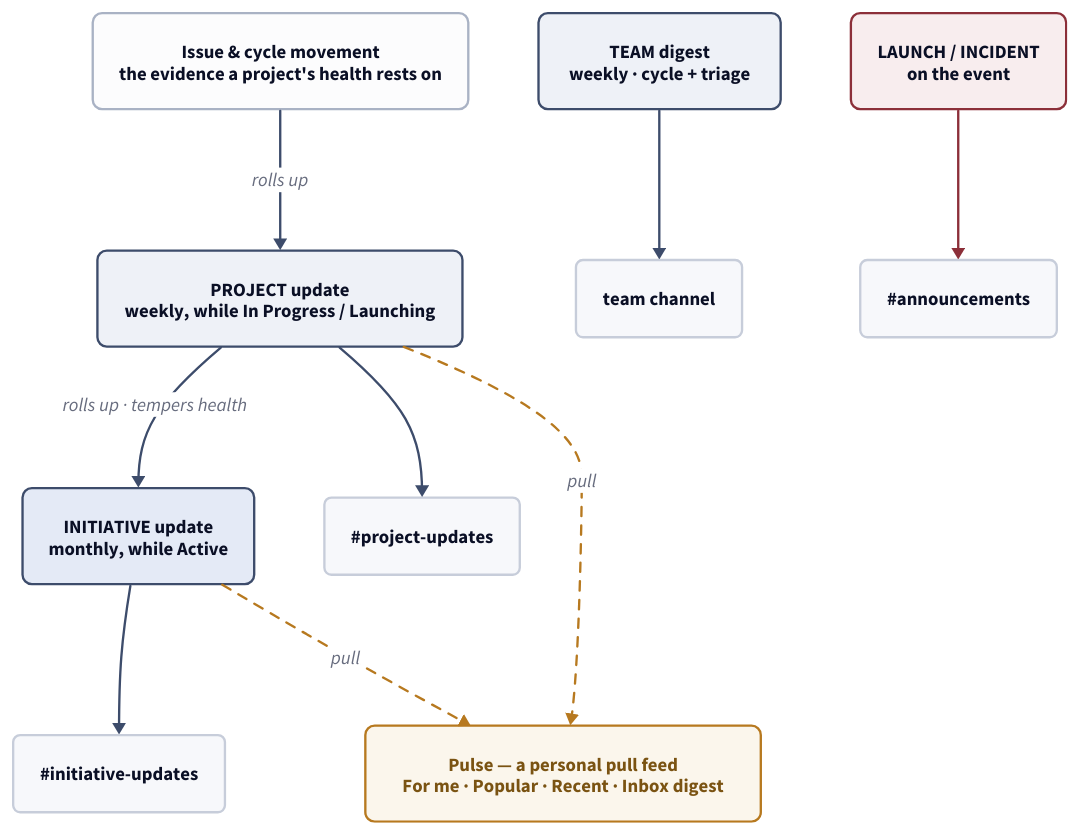
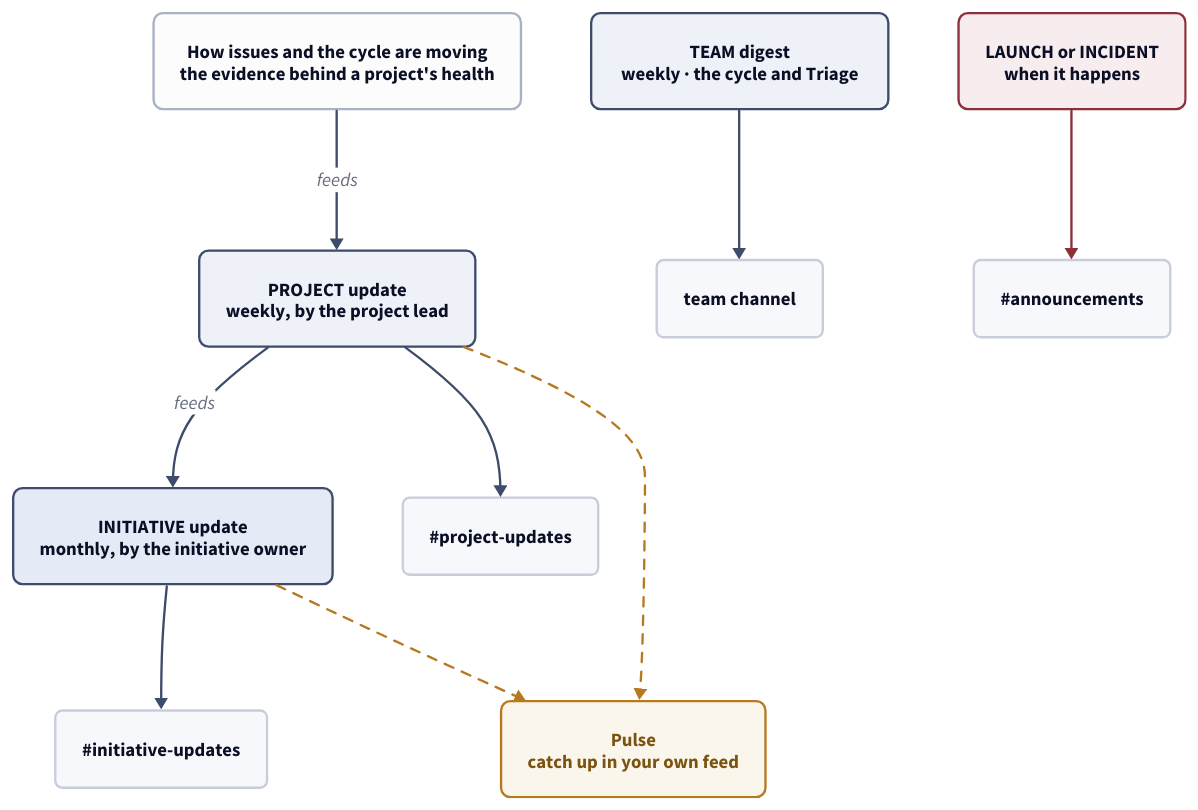
The diagram in docs/diagrams/comms-cadence.d2 (hungovercoders/linear-work-management), drawn with D2 before and after one commit. The commit also changed 15 other files, not shown here.

First line of the commit message:
docs(diagrams): redraw all eight in the guide's plain wording

```diff
--- a/docs/diagrams/comms-cadence.d2
+++ b/docs/diagrams/comms-cadence.d2
@@ -1,50 +1,50 @@
 # Communication cadence: who posts what, where it goes, and how it rolls up.
 # Shown on the Communications page as a committed SVG (see `task diagrams`).
 # Push (scheduled updates to channels) plus the roll-up; Pulse is the pull surface.
 # Flat + acyclic so the layout stays a clean funnel.
 
 direction: down
 
 # ---- the evidence a project update rests on ----
-evidence: "Issue & cycle movement\nthe evidence a project's health rests on" {
+evidence: "How issues and the cycle are moving\nthe evidence behind a project's health" {
   style: {fill: "#FCFCFD"; stroke: "#A9B2C4"; border-radius: 8}
 }
 
 # ---- the two scheduled updates ----
-projupd: "PROJECT update\nweekly, while In Progress / Launching" {
+projupd: "PROJECT update\nweekly, by the project lead" {
   style: {fill: "#EEF1F7"; stroke: "#3D4C6B"; border-radius: 8; bold: true}
 }
-iniupd: "INITIATIVE update\nmonthly, while Active" {
+iniupd: "INITIATIVE update\nmonthly, by the initiative owner" {
   style: {fill: "#E4EAF6"; stroke: "#3D4C6B"; border-radius: 8; bold: true; stroke-width: 2}
 }
-digest: "TEAM digest\nweekly · cycle + triage" {
+digest: "TEAM digest\nweekly · the cycle and Triage" {
   style: {fill: "#EEF1F7"; stroke: "#3D4C6B"; border-radius: 8; bold: true}
 }
-announce: "LAUNCH / INCIDENT\non the event" {
+announce: "LAUNCH or INCIDENT\nwhen it happens" {
   style: {fill: "#F8EDEE"; stroke: "#8C2F39"; border-radius: 8; bold: true}
 }
 
 # ---- where each lands (push) ----
 ch_proj: "#project-updates" {style: {fill: "#F7F8FB"; stroke: "#C7CDDA"; border-radius: 6}}
 ch_ini: "#initiative-updates" {style: {fill: "#F7F8FB"; stroke: "#C7CDDA"; border-radius: 6}}
 ch_team: "team channel" {style: {fill: "#F7F8FB"; stroke: "#C7CDDA"; border-radius: 6}}
 ch_ann: "#announcements" {style: {fill: "#F7F8FB"; stroke: "#C7CDDA"; border-radius: 6}}
 
 # ---- the pull surface ----
-pulse: "Pulse — a personal pull feed\nFor me · Popular · Recent · Inbox digest" {
+pulse: "Pulse\ncatch up in your own feed" {
   style: {fill: "#FBF6EC"; stroke: "#B7791F"; border-radius: 8; bold: true; font-color: "#7A5312"}
 }
 
 # ---- the roll-up (project evidence feeds project health, which feeds the initiative) ----
-evidence -> projupd: rolls up {style.stroke: "#3D4C6B"}
-projupd -> iniupd: rolls up · tempers health {style.stroke: "#3D4C6B"}
+evidence -> projupd: feeds {style.stroke: "#3D4C6B"}
+projupd -> iniupd: feeds {style.stroke: "#3D4C6B"}
 
 # ---- push to channels ----
 projupd -> ch_proj {style.stroke: "#3D4C6B"}
 iniupd -> ch_ini {style.stroke: "#3D4C6B"}
 digest -> ch_team {style.stroke: "#3D4C6B"}
 announce -> ch_ann {style.stroke: "#8C2F39"}
 
 # ---- pull into Pulse ----
-projupd -> pulse: pull {style: {stroke: "#B7791F"; stroke-dash: 4}}
-iniupd -> pulse: pull {style: {stroke: "#B7791F"; stroke-dash: 4}}
+projupd -> pulse {style: {stroke: "#B7791F"; stroke-dash: 4}}
+iniupd -> pulse {style: {stroke: "#B7791F"; stroke-dash: 4}}
```
